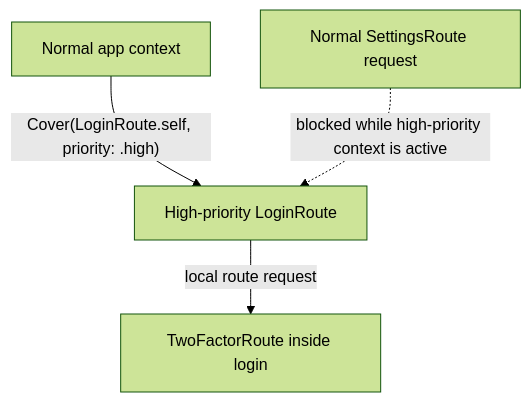
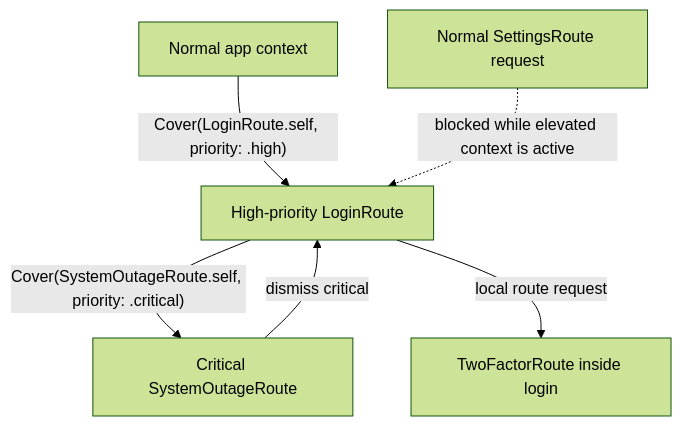
The third of 3 diagrams in README.md (mtzaquia/departure), drawn with Mermaid (forest theme) before and after one commit. The commit also changed other lines of this file and 23 other files, not shown here.

First line of the commit message:
Add critical route priority and elevated passthrough windows (#25)

````diff
--- a/README.md
+++ b/README.md
@@ -450,11 +453,14 @@
 ```mermaid
 flowchart TD
     normal["Normal app context"]
     login["High-priority LoginRoute"]
+    outage["Critical SystemOutageRoute"]
     twofactor["TwoFactorRoute inside login"]
     settings["Normal SettingsRoute request"]
 
     normal -->|"Cover(LoginRoute.self, priority: .high)"| login
+    login -->|"Cover(SystemOutageRoute.self, priority: .critical)"| outage
+    outage -->|"dismiss critical"| login
     login -->|"local route request"| twofactor
-    settings -.->|"blocked while high-priority context is active"| login
+    settings -.->|"blocked while elevated context is active"| login
 ```
````
